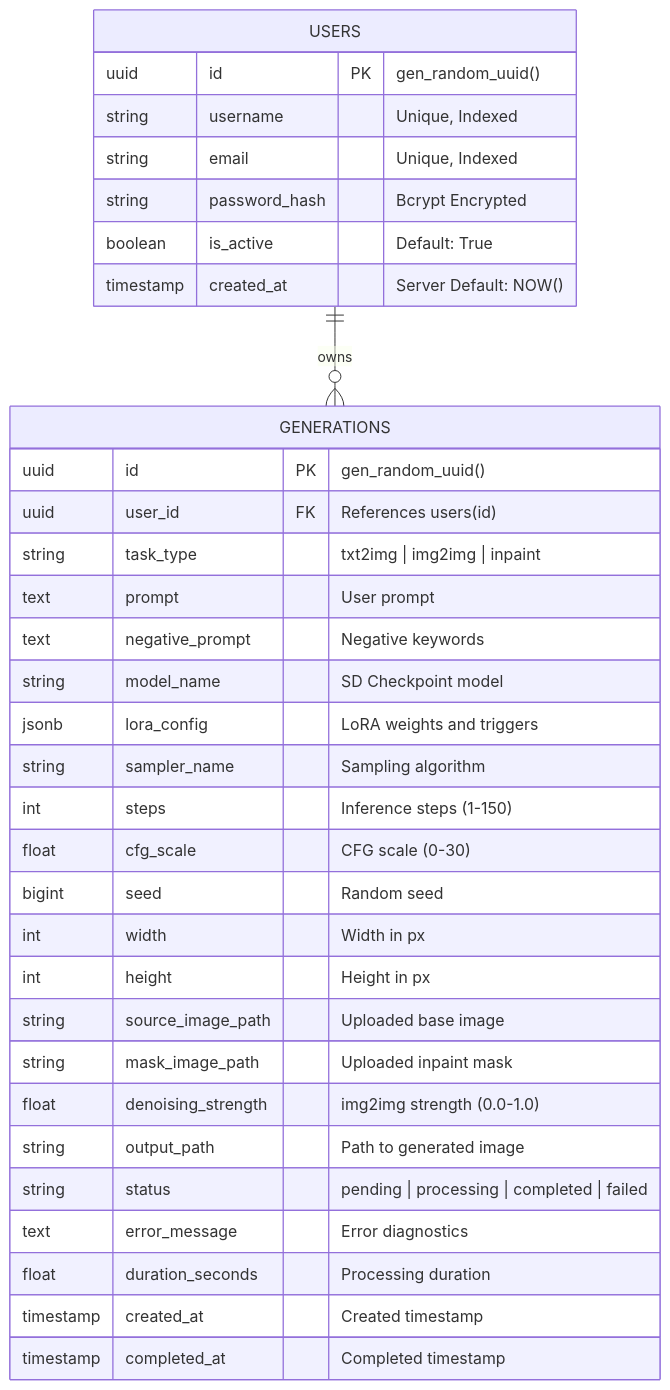
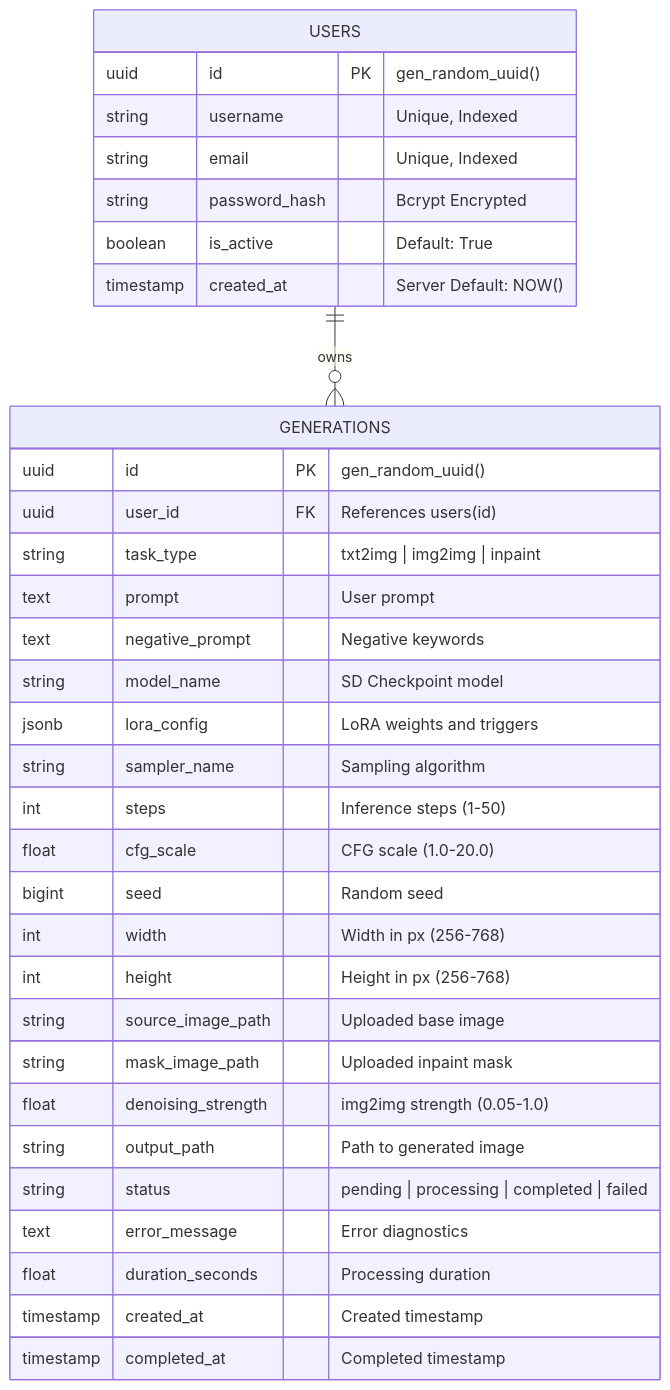
The third of 3 diagrams in README.md (Pongkarm/Project_Luma_PKW), drawn with Mermaid before and after one commit. The commit also changed other lines of this file and 1 other file, not shown here.

Commit message:
docs: update root and ai-server READMEs with model compatibility matrix, 3-node architecture, and updated data contracts

````diff
--- a/README.md
+++ b/README.md
@@ -88,36 +109,36 @@
 ```mermaid
 erDiagram
     USERS ||--o{ GENERATIONS : owns
     USERS {
         uuid id PK "gen_random_uuid()"
         string username "Unique, Indexed"
         string email "Unique, Indexed"
         string password_hash "Bcrypt Encrypted"
         boolean is_active "Default: True"
         timestamp created_at "Server Default: NOW()"
     }
     GENERATIONS {
         uuid id PK "gen_random_uuid()"
         uuid user_id FK "References users(id)"
         string task_type "txt2img | img2img | inpaint"
         text prompt "User prompt"
         text negative_prompt "Negative keywords"
         string model_name "SD Checkpoint model"
         jsonb lora_config "LoRA weights and triggers"
         string sampler_name "Sampling algorithm"
-        int steps "Inference steps (1-150)"
-        float cfg_scale "CFG scale (0-30)"
+        int steps "Inference steps (1-50)"
+        float cfg_scale "CFG scale (1.0-20.0)"
         bigint seed "Random seed"
-        int width "Width in px"
-        int height "Height in px"
+        int width "Width in px (256-768)"
+        int height "Height in px (256-768)"
         string source_image_path "Uploaded base image"
         string mask_image_path "Uploaded inpaint mask"
-        float denoising_strength "img2img strength (0.0-1.0)"
+        float denoising_strength "img2img strength (0.05-1.0)"
         string output_path "Path to generated image"
         string status "pending | processing | completed | failed"
         text error_message "Error diagnostics"
         float duration_seconds "Processing duration"
         timestamp created_at "Created timestamp"
         timestamp completed_at "Completed timestamp"
     }
 ```
````
